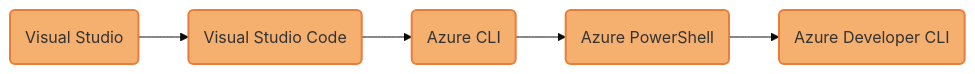
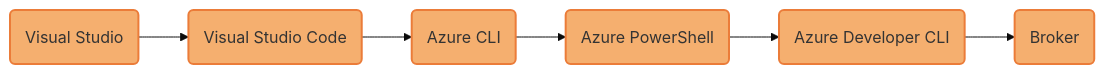
One commit to dotnet/docs changed the diagram in docs/azure/sdk/media/mermaidjs/default-azure-credential-environment-variable-development.md. Above: the diagram before and after it, drawn with Mermaid. The commit also changed other lines of this file and 2 other files, not shown here.

Commit message:
Update credential chains doc for v1.16.0 release

````diff
--- a/docs/azure/sdk/media/mermaidjs/default-azure-credential-environment-variable-development.md
+++ b/docs/azure/sdk/media/mermaidjs/default-azure-credential-environment-variable-development.md
@@ -6,30 +6,31 @@
 ```mermaid
 %% STEPS TO GENERATE IMAGE
 %% =======================
 %% 1. Install mermaid CLI v10.9.1 (see https://github.com/mermaid-js/mermaid-cli/blob/master/README.md):
 %%    npm i -g @mermaid-js/mermaid-cli@10.9.1
 %% 2. Run command: mmdc -i default-azure-credential-environment-variable-development.md -o ../../media/mermaidjs/default-azure-credential-environment-variable-development.svg
 
 %%{
   init: {
     'theme': 'base',
     'themeVariables': {
       'tertiaryBorderColor': '#fff',
       'tertiaryColor': '#fff'
     }
   }
 }%%
 
 flowchart LR;
     accTitle: DefaultAzureCredential authentication flow without deployed service credentials;
     accDescr: Flowchart showing the credential chain implemented by DefaultAzureCredential when AZURE_TOKEN_CREDENTIALS is set to "dev";
 
     D(Visual Studio):::developer -->
     E(Visual Studio Code):::developer -->
     F(Azure CLI):::developer -->
     G(Azure PowerShell):::developer -->
-    H(Azure Developer CLI):::developer;
+    H(Azure Developer CLI):::developer -->
+    J(Broker):::developer;
 
     %% Define styles for credential type boxes
     classDef developer fill:#F5AF6F, stroke:#EB7C39, stroke-width:2px;
 ```
````
